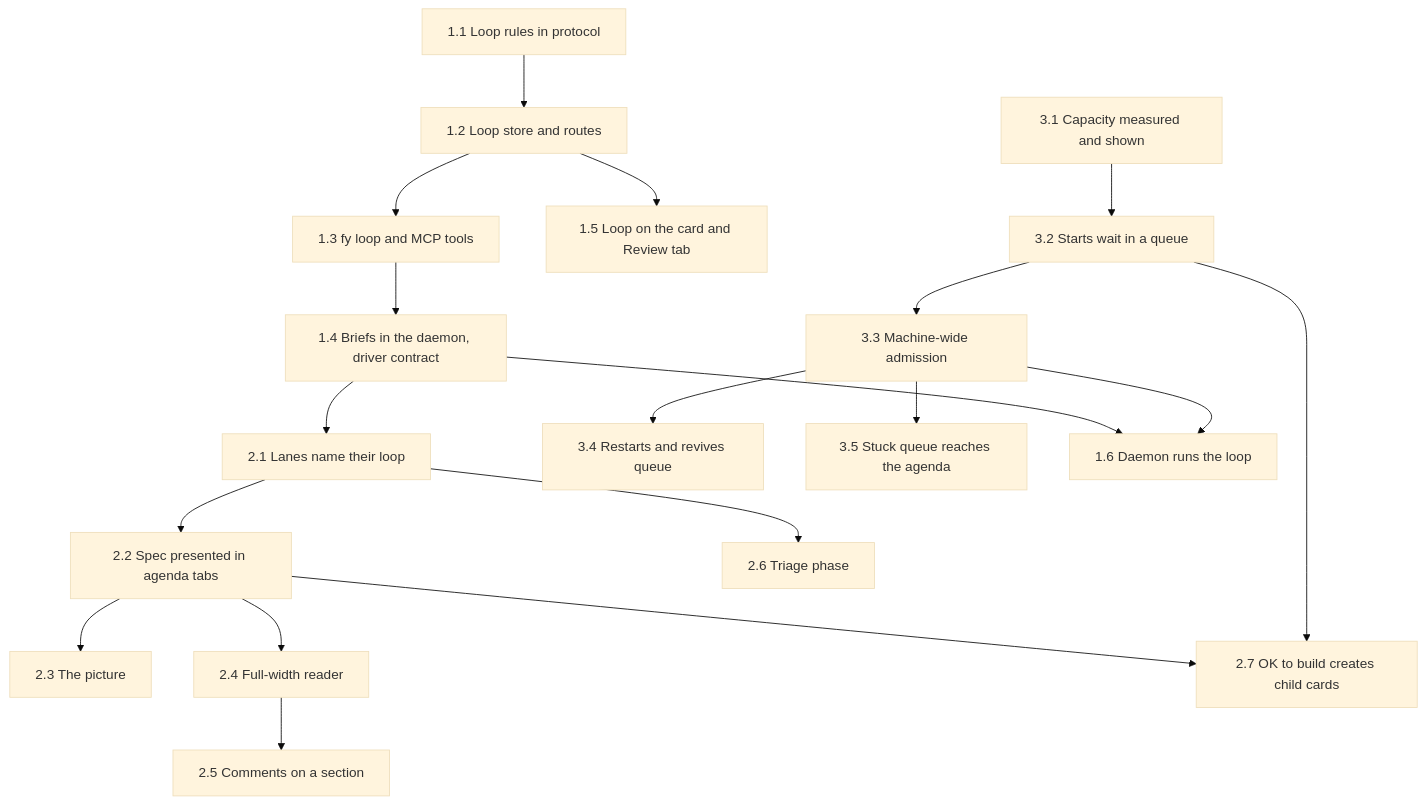
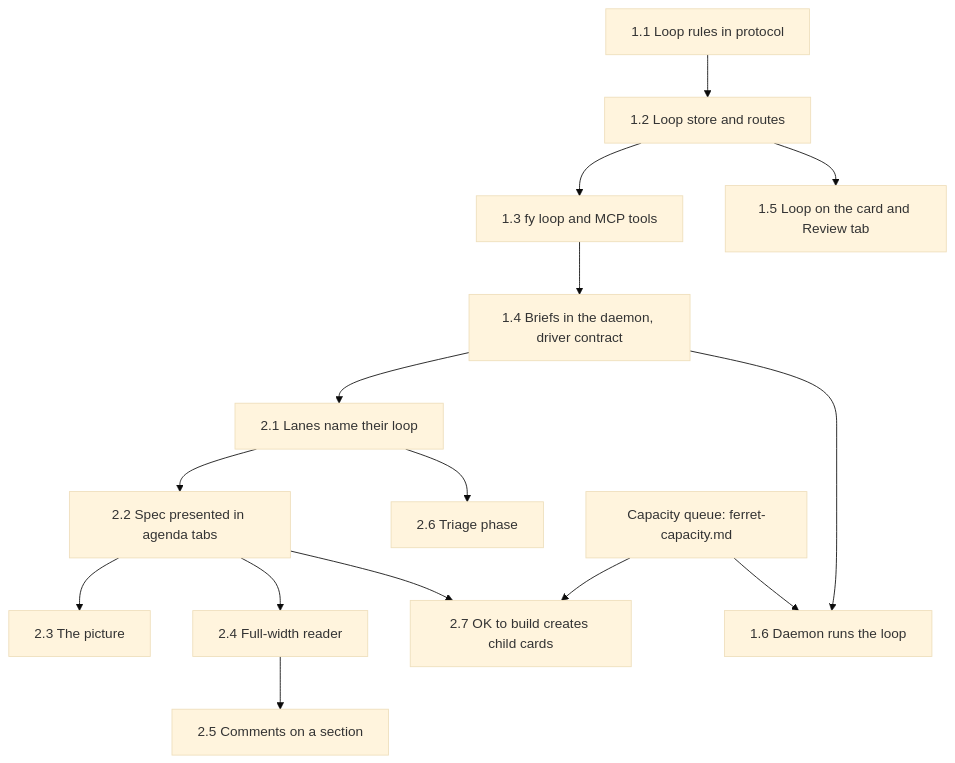
Before and after one commit to kirinnee/ferretry: the first of 2 diagrams in docs/design/loop-engine.md, drawn with Mermaid (base theme). The commit also changed other lines of this file, not shown here.

First line of the commit message:
docs(design): drop capacity from the loop engine plan

````diff
--- a/docs/design/loop-engine.md
+++ b/docs/design/loop-engine.md
@@ -66,21 +62,18 @@
 ```mermaid
 graph TD
   P11[1.1 Loop rules in protocol] --> P12[1.2 Loop store and routes]
   P12 --> P13[1.3 fy loop and MCP tools]
   P13 --> P14[1.4 Briefs in the daemon, driver contract]
   P12 --> P15[1.5 Loop on the card and Review tab]
   P14 --> P21[2.1 Lanes name their loop]
   P21 --> P22[2.2 Spec presented in agenda tabs]
   P22 --> P23[2.3 The picture]
   P22 --> P24[2.4 Full-width reader]
   P24 --> P25[2.5 Comments on a section]
   P21 --> P26[2.6 Triage phase]
   P22 --> P27[2.7 OK to build creates child cards]
-  P32 --> P27
-  P31[3.1 Capacity measured and shown] --> P32[3.2 Starts wait in a queue]
-  P32 --> P33[3.3 Machine-wide admission]
-  P33 --> P34[3.4 Restarts and revives queue]
-  P33 --> P35[3.5 Stuck queue reaches the agenda]
+  CAP --> P27
+  CAP[Capacity queue: ferret-capacity.md]
   P14 --> P16[1.6 Daemon runs the loop]
-  P33 --> P16
+  CAP --> P16
 ```
````
